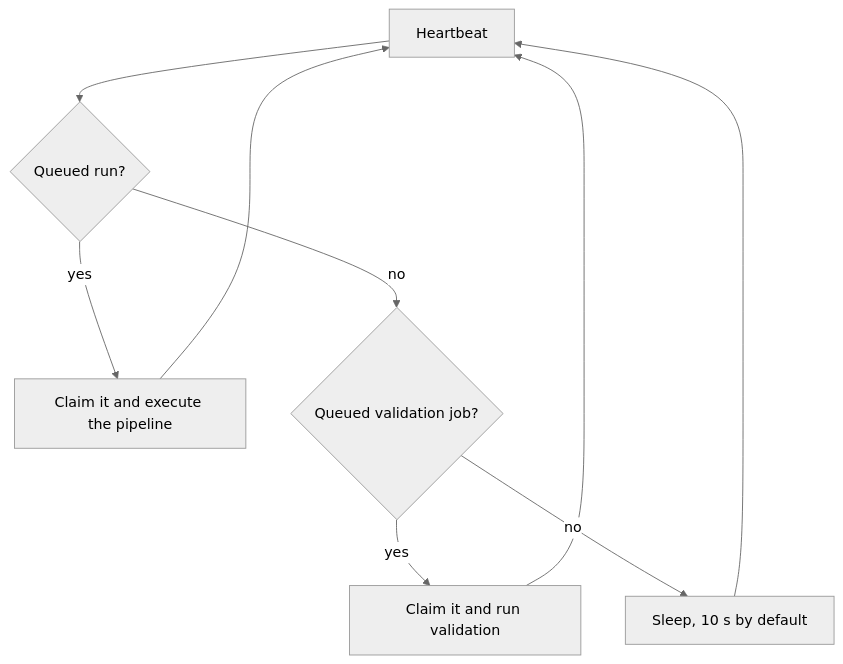
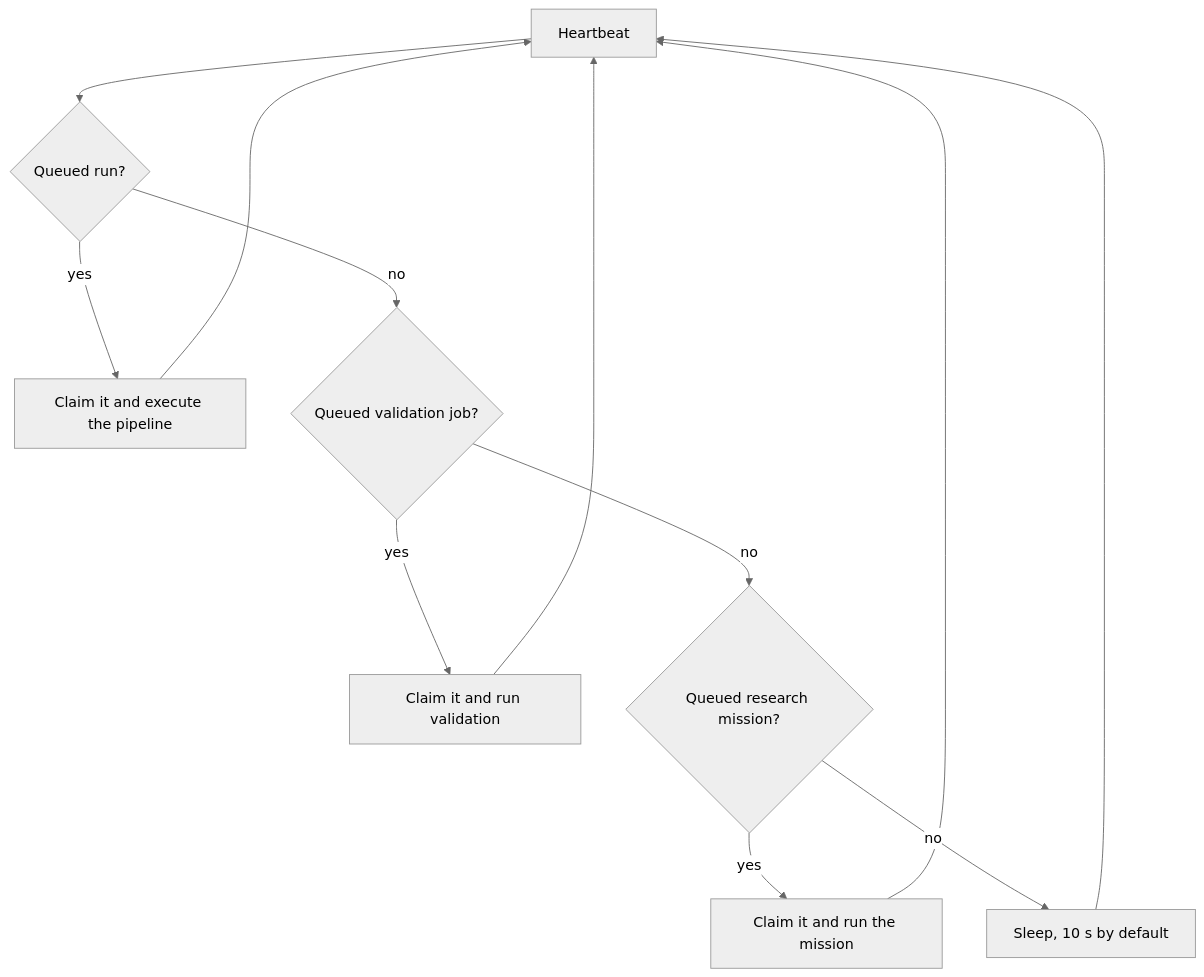
One commit to ElvisOkereke/PitchLab changed the second of 2 diagrams in docs/architecture.md. Above: the diagram before and after it, drawn with Mermaid (neutral theme). The commit also changed other lines of this file and 7 other files, not shown here.

Commit message:
fix(web): help tips outside paragraphs, tap targets, copy and worker diagram

````diff
--- a/docs/architecture.md
+++ b/docs/architecture.md
@@ -131,11 +131,14 @@
 ```mermaid
 flowchart TD
     A[Heartbeat] --> B{Queued run?}
     B -- yes --> C[Claim it and execute the pipeline]
     B -- no --> D{Queued validation job?}
     D -- yes --> E[Claim it and run validation]
-    D -- no --> F[Sleep, 10 s by default]
+    D -- no --> M{Queued research mission?}
+    M -- yes --> N[Claim it and run the mission]
+    M -- no --> F[Sleep, 10 s by default]
+    N --> A
     C --> A
     E --> A
     F --> A
 ```
````
